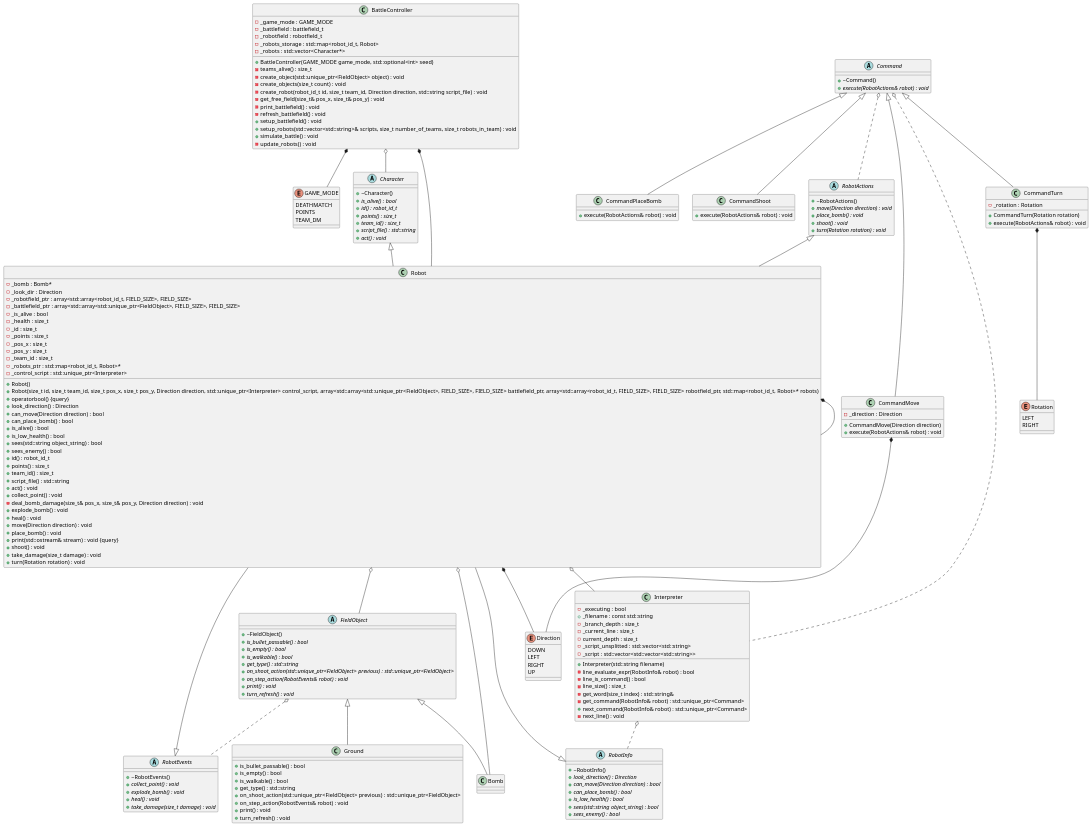
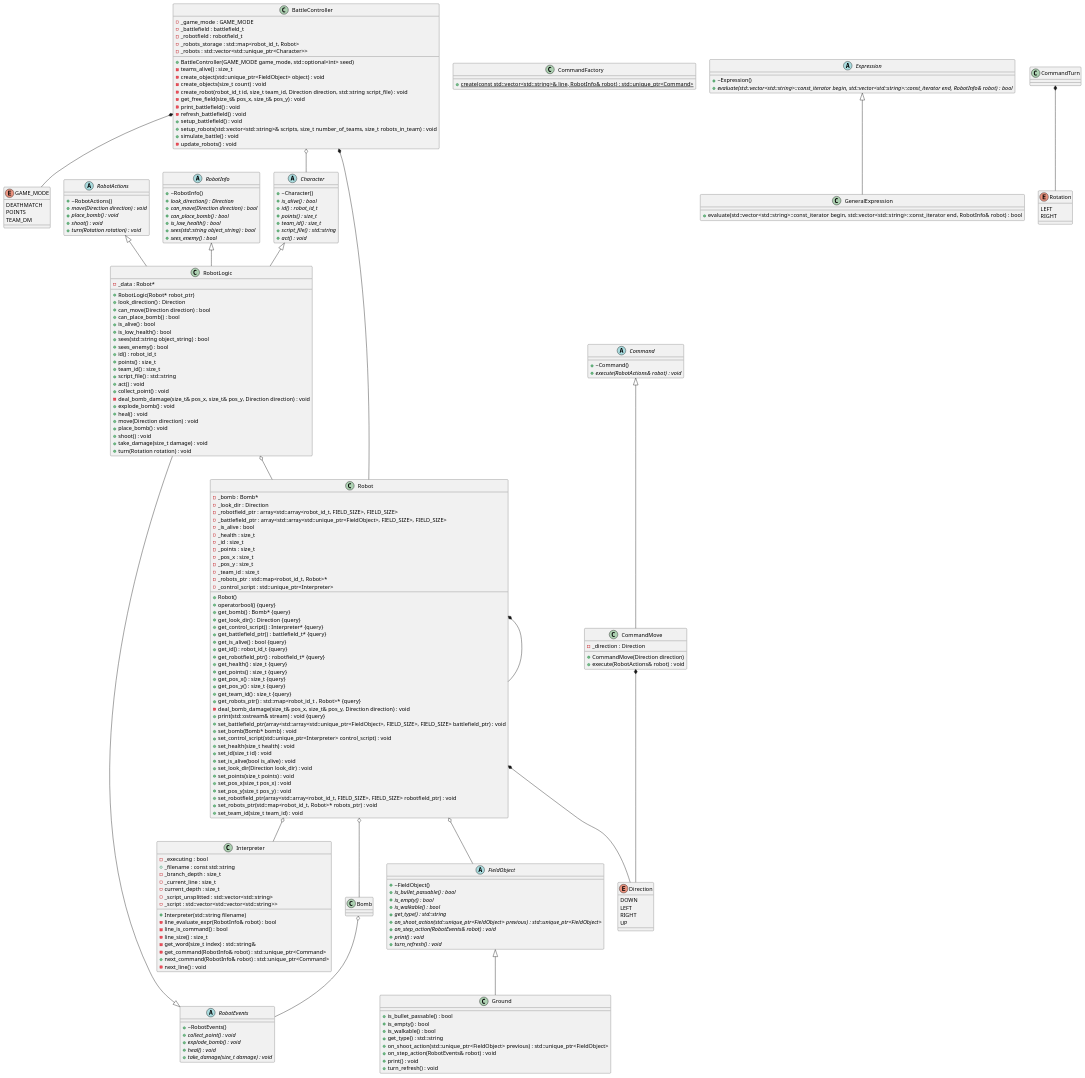
One commit to PeterHero/CodeWars changed the diagram in project/docs/classes.puml. Above: the diagram before and after it, drawn with PlantUML. The commit also changed 2 other files, not shown here.

```diff
--- a/project/docs/classes.puml
+++ b/project/docs/classes.puml
@@ -13,7 +13,7 @@
 	-_robotfield : robotfield_t
 	-teams_alive() : size_t
 	-_robots_storage : std::map<robot_id_t, Robot>
-	-_robots : std::vector<Character*>
+	-_robots : std::vector<std::unique_ptr<Character>>
 	-create_object(std::unique_ptr<FieldObject> object) : void
 	-create_objects(size_t count) : void
 	-create_robot(robot_id_t id, size_t team_id, Direction direction, std::string script_file) : void
@@ -26,25 +26,6 @@
 	-update_robots() : void
 }
 
-/'
-class Bomb {
-	+Bomb(RobotEvents* owner, size_t x, size_t y)
-	-_owner : RobotEvents*
-	+is_bullet_passable() : bool
-	+is_empty() : bool
-	+is_walkable() : bool
-	-turns : int
-	+pos_x : size_t
-	+pos_y : size_t
-	+get_type() : std::string
-	+on_shoot_action(std::unique_ptr<FieldObject> previous) : std::unique_ptr<FieldObject>
-	-explode() : void
-	+on_step_action(RobotEvents& robot) : void
-	+print() : void
-	+tick() : void
-	+turn_refresh() : void
-}
-'/
 
 abstract class Character {
 	+~Character()
@@ -63,6 +44,11 @@
 }
 
 
+class CommandFactory {
+	+{static} create(const std::vector<std::string>& line, RobotInfo& robot) : std::unique_ptr<Command>
+}
+
+
 class CommandMove {
 	+CommandMove(Direction direction)
 	-_direction : Direction
@@ -70,20 +56,9 @@
 }
 
 
-class CommandPlaceBomb {
-	+execute(RobotActions& robot) : void
-}
-
-
-class CommandShoot {
-	+execute(RobotActions& robot) : void
-}
-
-
-class CommandTurn {
-	+CommandTurn(Rotation rotation)
-	-_rotation : Rotation
-	+execute(RobotActions& robot) : void
+abstract class Expression {
+	+~Expression()
+	+{abstract} evaluate(std::vector<std::string>::const_iterator begin, std::vector<std::string>::const_iterator end, RobotInfo& robot) : bool
 }
 
 
@@ -97,6 +72,11 @@
 	+{abstract} on_step_action(RobotEvents& robot) : void
 	+{abstract} print() : void
 	+{abstract} turn_refresh() : void
+}
+
+
+class GeneralExpression {
+	+evaluate(std::vector<std::string>::const_iterator begin, std::vector<std::string>::const_iterator end, RobotInfo& robot) : bool
 }
 
 
@@ -133,43 +113,48 @@
 
 class Robot {
 	+Robot()
-	+Robot(size_t id, size_t team_id, size_t pos_x, size_t pos_y, Direction direction, std::unique_ptr<Interpreter> control_script, array<std::array<std::unique_ptr<FieldObject>, FIELD_SIZE>, FIELD_SIZE> battlefield_ptr, array<std::array<robot_id_t, FIELD_SIZE>, FIELD_SIZE> robotfield_ptr, std::map<robot_id_t, Robot>* robots)
 	+operatorbool() {query}
 	-_bomb : Bomb*
+	+get_bomb() : Bomb* {query}
 	-_look_dir : Direction
-	+look_direction() : Direction
+	+get_look_dir() : Direction {query}
+	+get_control_script() : Interpreter* {query}
 	-_robotfield_ptr : array<std::array<robot_id_t, FIELD_SIZE>, FIELD_SIZE>
 	-_battlefield_ptr : array<std::array<std::unique_ptr<FieldObject>, FIELD_SIZE>, FIELD_SIZE>
+	+get_battlefield_ptr() : battlefield_t* {query}
 	-_is_alive : bool
-	+can_move(Direction direction) : bool
-	+can_place_bomb() : bool
-	+is_alive() : bool
-	+is_low_health() : bool
-	+sees(std::string object_string) : bool
-	+sees_enemy() : bool
-	+id() : robot_id_t
+	+get_is_alive() : bool {query}
+	+get_id() : robot_id_t {query}
+	+get_robotfield_ptr() : robotfield_t* {query}
 	-_health : size_t
 	-_id : size_t
 	-_points : size_t
 	-_pos_x : size_t
 	-_pos_y : size_t
 	-_team_id : size_t
-	+points() : size_t
-	+team_id() : size_t
+	+get_health() : size_t {query}
+	+get_points() : size_t {query}
+	+get_pos_x() : size_t {query}
+	+get_pos_y() : size_t {query}
+	+get_team_id() : size_t {query}
+	+get_robots_ptr() : std::map<robot_id_t , Robot>* {query}
 	-_robots_ptr : std::map<robot_id_t, Robot>*
-	+script_file() : std::string
 	-_control_script : std::unique_ptr<Interpreter>
-	+act() : void
-	+collect_point() : void
 	-deal_bomb_damage(size_t& pos_x, size_t& pos_y, Direction direction) : void
-	+explode_bomb() : void
-	+heal() : void
-	+move(Direction direction) : void
-	+place_bomb() : void
 	+print(std::ostream& stream) : void {query}
-	+shoot() : void
-	+take_damage(size_t damage) : void
-	+turn(Rotation rotation) : void
+	+set_battlefield_ptr(array<std::array<std::unique_ptr<FieldObject>, FIELD_SIZE>, FIELD_SIZE> battlefield_ptr) : void
+	+set_bomb(Bomb* bomb) : void
+	+set_control_script(std::unique_ptr<Interpreter> control_script) : void
+	+set_health(size_t health) : void
+	+set_id(size_t id) : void
+	+set_is_alive(bool is_alive) : void
+	+set_look_dir(Direction look_dir) : void
+	+set_points(size_t points) : void
+	+set_pos_x(size_t pos_x) : void
+	+set_pos_y(size_t pos_y) : void
+	+set_robotfield_ptr(array<std::array<robot_id_t, FIELD_SIZE>, FIELD_SIZE> robotfield_ptr) : void
+	+set_robots_ptr(std::map<robot_id_t, Robot>* robots_ptr) : void
+	+set_team_id(size_t team_id) : void
 }
 
 
@@ -202,6 +187,33 @@
 }
 
 
+class RobotLogic {
+	+RobotLogic(Robot* robot_ptr)
+	+look_direction() : Direction
+	-_data : Robot*
+	+can_move(Direction direction) : bool
+	+can_place_bomb() : bool
+	+is_alive() : bool
+	+is_low_health() : bool
+	+sees(std::string object_string) : bool
+	+sees_enemy() : bool
+	+id() : robot_id_t
+	+points() : size_t
+	+team_id() : size_t
+	+script_file() : std::string
+	+act() : void
+	+collect_point() : void
+	-deal_bomb_damage(size_t& pos_x, size_t& pos_y, Direction direction) : void
+	+explode_bomb() : void
+	+heal() : void
+	+move(Direction direction) : void
+	+place_bomb() : void
+	+shoot() : void
+	+take_damage(size_t damage) : void
+	+turn(Rotation rotation) : void
+}
+
+
 enum Direction {
 	DOWN
 	LEFT
@@ -228,34 +240,25 @@
 
 /' Inheritance relationships '/
 
-Character <|-- Robot
+Character <|-- RobotLogic
 
 
 Command <|-- CommandMove
 
 
-Command <|-- CommandPlaceBomb
-
-
-Command <|-- CommandShoot
-
-
-Command <|-- CommandTurn
-
-
-FieldObject <|-- Bomb
+Expression <|-- GeneralExpression
 
 
 FieldObject <|-- Ground
 
 
-RobotActions <|-- Robot
+RobotActions <|-- RobotLogic
 
 
-RobotEvents <|-- Robot
+RobotEvents <|-- RobotLogic
 
 
-RobotInfo <|-- Robot
+RobotInfo <|-- RobotLogic
 
 
 
@@ -270,6 +273,9 @@
 
 
 BattleController *-- Robot
+
+
+Bomb o-- RobotEvents
 
 
 CommandMove *-- Direction
@@ -293,15 +299,10 @@
 Robot *-- Robot
 
 
-/' Association '/
+RobotLogic o-- Robot
 
-Command o.. RobotActions
 
-FieldObject o.. RobotEvents
 
-Interpreter o.. RobotInfo
-
-Command o.. Interpreter
 
 
 
```
